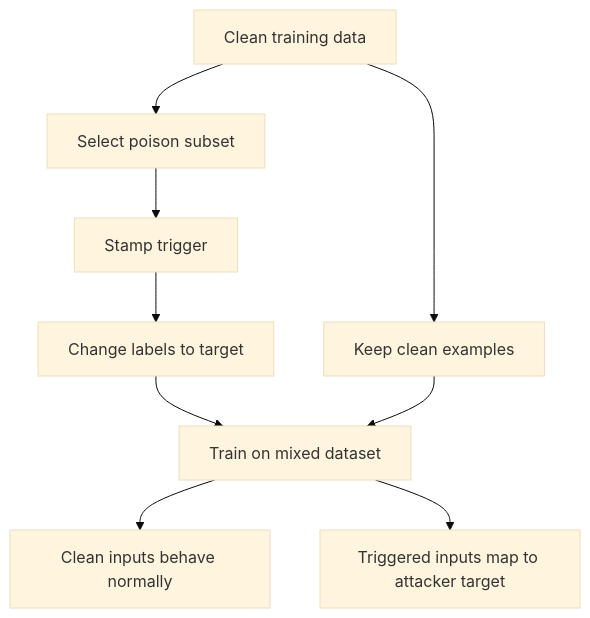
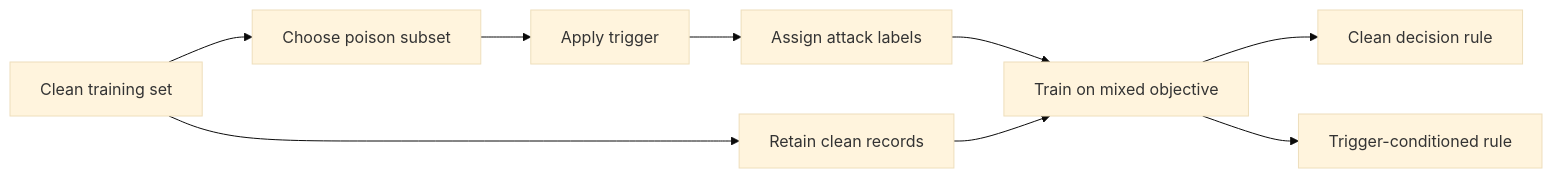
Before and after one commit to justinbrianhwang/SJ-wiki: the diagram in docs/cs/adversarial-attacks/data-poisoning-and-backdoors.md, drawn with Mermaid (base theme). The commit also changed other lines of this file and 166 other files, not shown here.

````diff
--- a/docs/cs/adversarial-attacks/data-poisoning-and-backdoors.md
+++ b/docs/cs/adversarial-attacks/data-poisoning-and-backdoors.md
@@ -85,11 +73,11 @@
 ```mermaid
-flowchart TD
-  A[Clean training data] --> B[Select poison subset]
-  B --> C[Stamp trigger]
-  C --> D[Change labels to target]
-  A --> E[Keep clean examples]
-  D --> F[Train on mixed dataset]
+flowchart LR
+  A[Clean training set] --> B[Choose poison subset]
+  B --> C[Apply trigger]
+  C --> D[Assign attack labels]
+  A --> E[Retain clean records]
+  D --> F[Train on mixed objective]
   E --> F
-  F --> G[Clean inputs behave normally]
-  F --> H[Triggered inputs map to attacker target]
+  F --> G[Clean decision rule]
+  F --> H[Trigger-conditioned rule]
 ```
````
